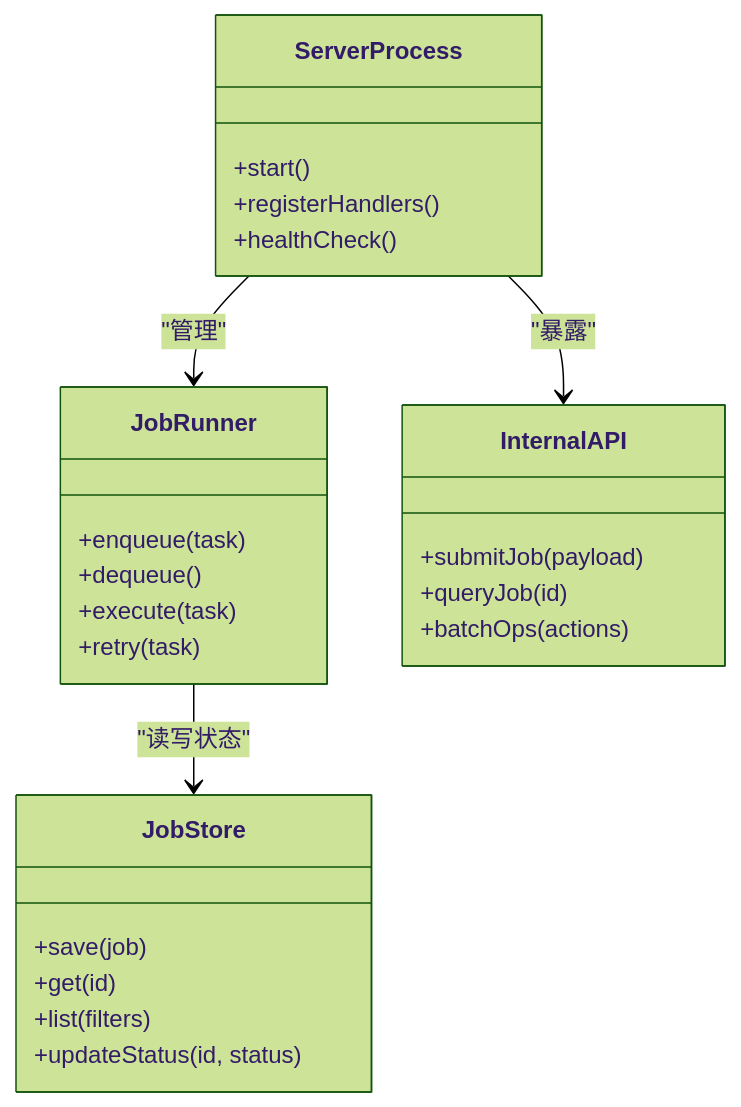
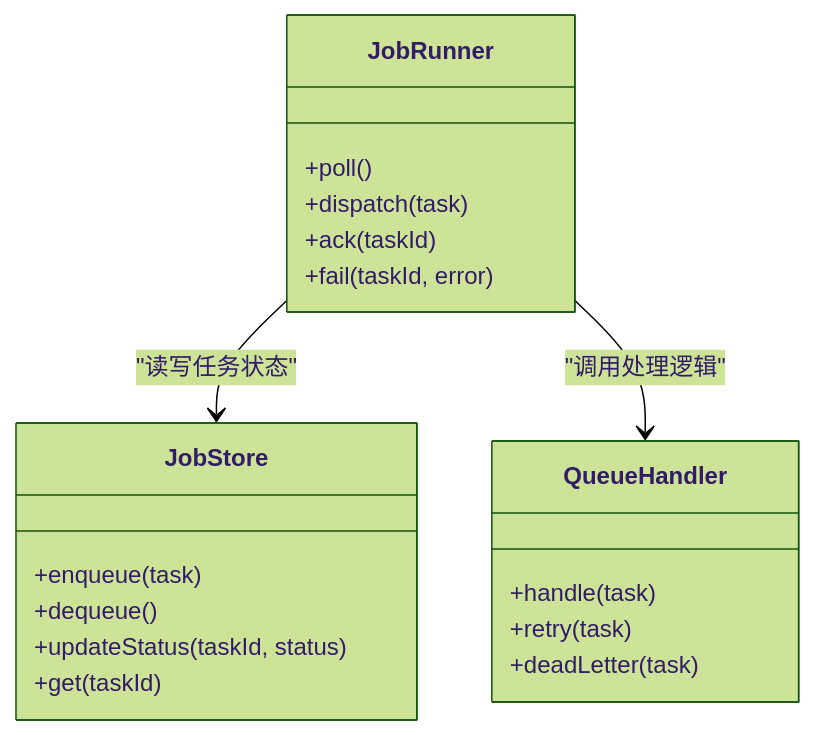
One commit to scottcwy/PurpleInk changed the fifth of 6 diagrams in .qoder/repowiki/zh/content/后端架构/后端架构.md. Above: the diagram before and after it, drawn with Mermaid (forest theme). The commit also changed other lines of this file and 872 other files, not shown here.

````diff
--- a/.qoder/repowiki/zh/content/后端架构/后端架构.md
+++ b/.qoder/repowiki/zh/content/后端架构/后端架构.md
@@ -185,28 +267,22 @@
 ```mermaid
 classDiagram
-class ServerProcess {
-+start()
-+registerHandlers()
-+healthCheck()
+class JobRunner {
++poll()
++dispatch(task)
++ack(taskId)
++fail(taskId, error)
 }
-class JobRunner {
+class JobStore {
 +enqueue(task)
 +dequeue()
-+execute(task)
++updateStatus(taskId, status)
++get(taskId)
+}
+class QueueHandler {
++handle(task)
 +retry(task)
++deadLetter(task)
 }
-class JobStore {
-+save(job)
-+get(id)
-+list(filters)
-+updateStatus(id, status)
-}
-class InternalAPI {
-+submitJob(payload)
-+queryJob(id)
-+batchOps(actions)
-}
-ServerProcess --> JobRunner : "管理"
-ServerProcess --> InternalAPI : "暴露"
-JobRunner --> JobStore : "读写状态"
+JobRunner --> JobStore : "读写任务状态"
+JobRunner --> QueueHandler : "调用处理逻辑"
 ```
````
